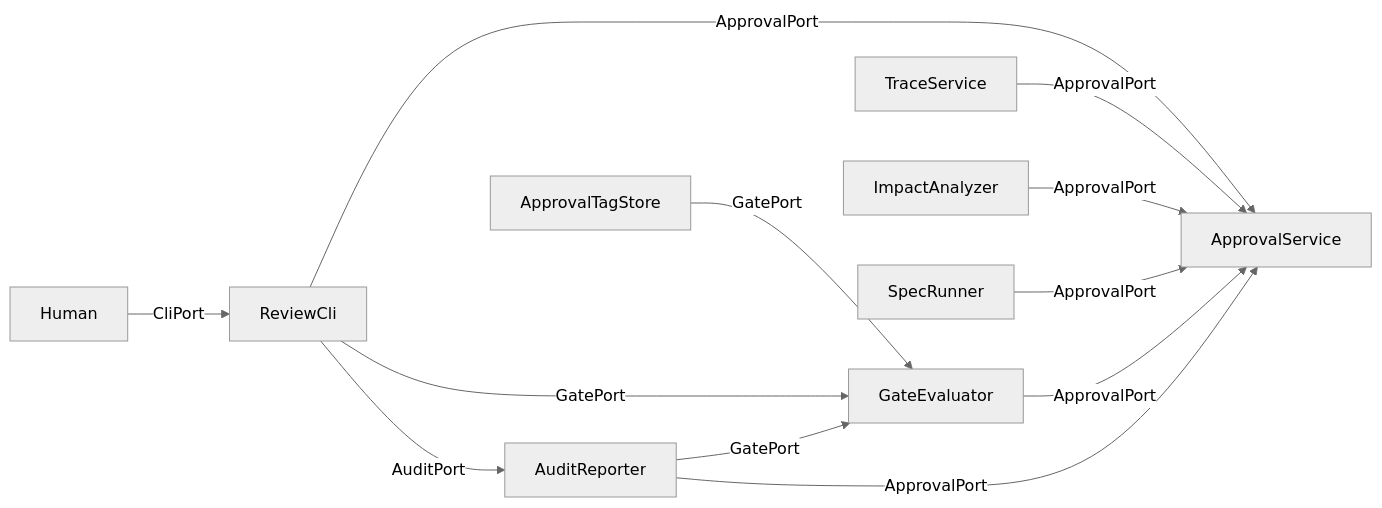
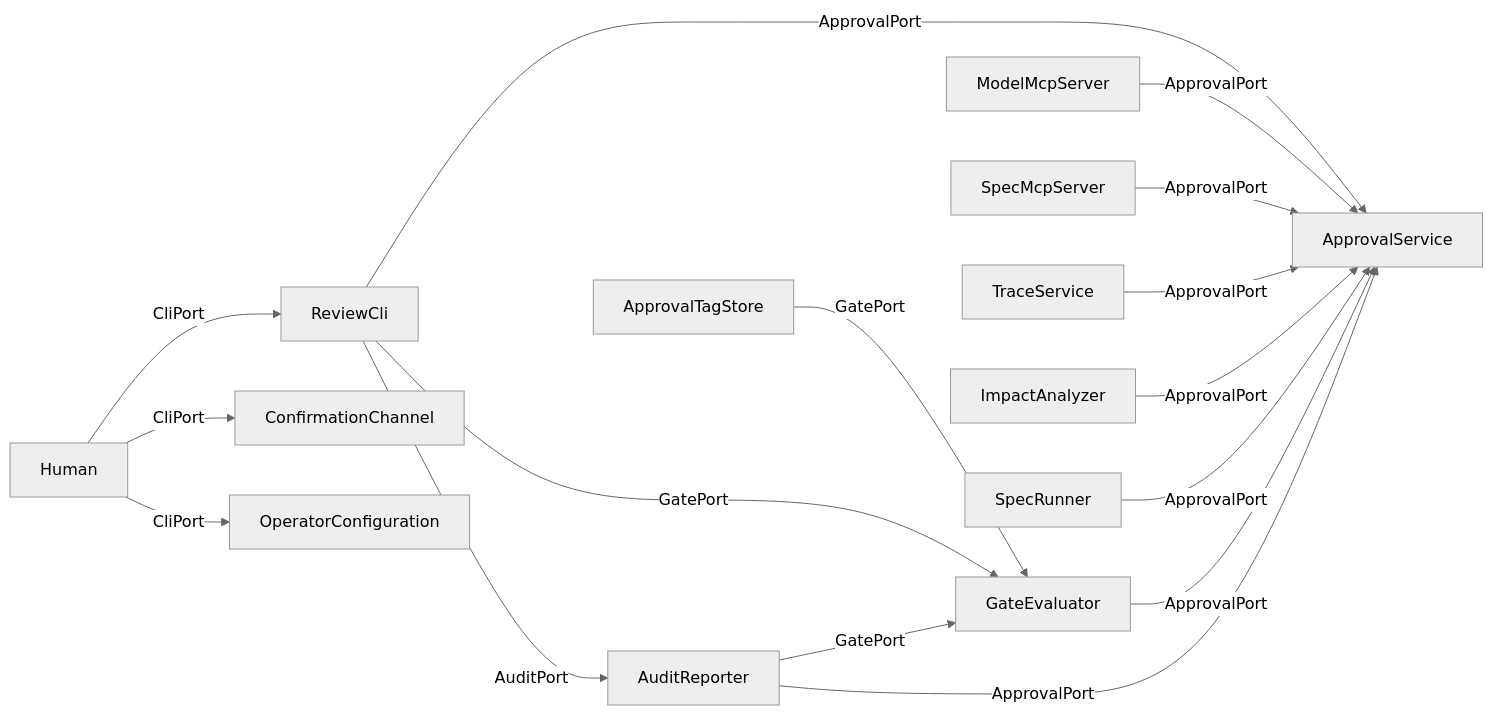
The diagram in docs/diagrams/01c_view_governance.mmd (DanielLockau-MLPA/specflow), drawn with Mermaid (neutral theme) before and after one commit. The commit also changed 18 other files, not shown here.

First line of the commit message:
Record DL-024; fix lint; regenerate diagrams for the amended architecture

```diff
--- a/docs/diagrams/01c_view_governance.mmd
+++ b/docs/diagrams/01c_view_governance.mmd
@@ -1,22 +1,30 @@
 flowchart LR
   gateEvaluator["GateEvaluator"]
   approvalService["ApprovalService"]
   reviewCli["ReviewCli"]
+  modelMcp["ModelMcpServer"]
+  specMcp["SpecMcpServer"]
   traceService["TraceService"]
   impactAnalyzer["ImpactAnalyzer"]
   specRunner["SpecRunner"]
   auditReporter["AuditReporter"]
   tagStore["ApprovalTagStore"]
   human["Human"]
+  confirmationChannel["ConfirmationChannel"]
+  operatorConfiguration["OperatorConfiguration"]
   gateEvaluator -->|ApprovalPort| approvalService
   reviewCli -->|ApprovalPort| approvalService
+  modelMcp -->|ApprovalPort| approvalService
+  specMcp -->|ApprovalPort| approvalService
   reviewCli -->|GatePort| gateEvaluator
   traceService -->|ApprovalPort| approvalService
   impactAnalyzer -->|ApprovalPort| approvalService
   specRunner -->|ApprovalPort| approvalService
   auditReporter -->|GatePort| gateEvaluator
   auditReporter -->|ApprovalPort| approvalService
   reviewCli -->|AuditPort| auditReporter
   tagStore -->|GatePort| gateEvaluator
   human -->|CliPort| reviewCli
+  human -->|CliPort| confirmationChannel
+  human -->|CliPort| operatorConfiguration
   style human fill:#eee,stroke:#999
```
